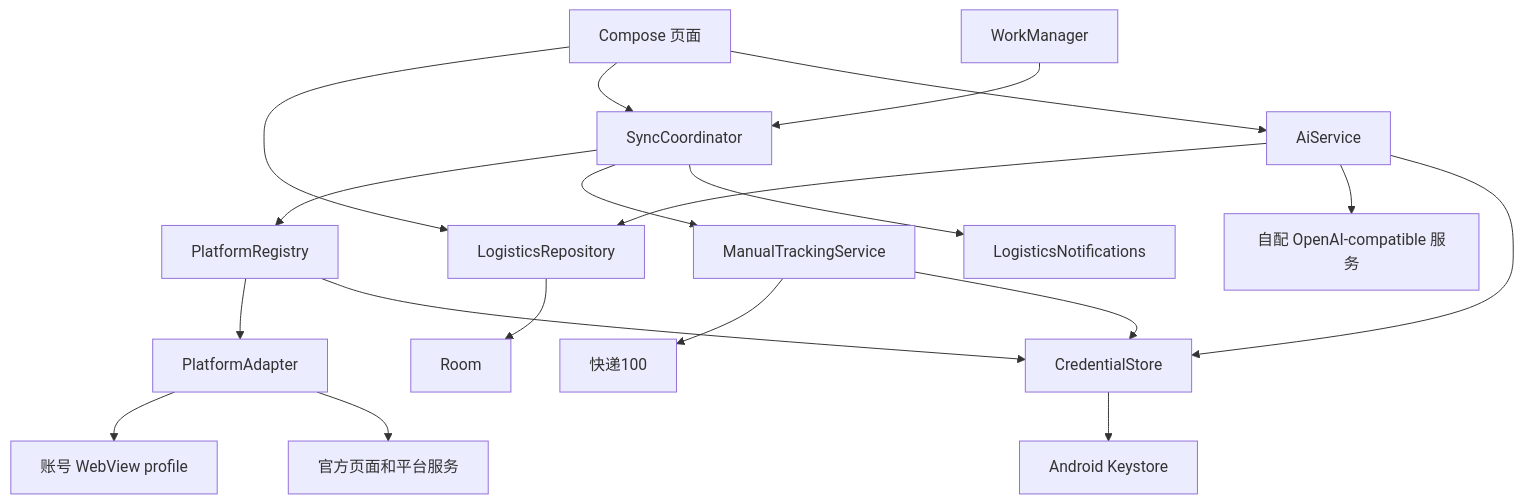
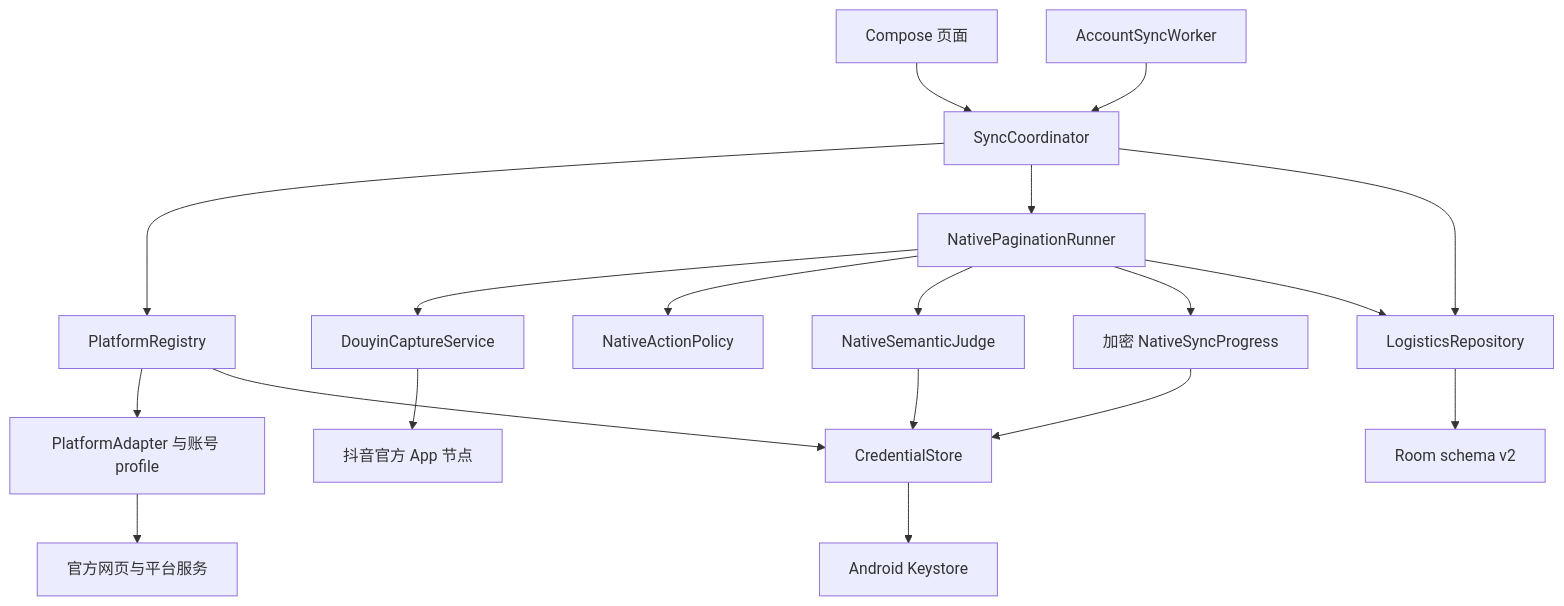
One commit to 73mtq/logistics-management changed the diagram in docs/architecture.md. Above: the diagram before and after it, drawn with Mermaid. The commit also changed other lines of this file and 79 other files, not shown here.

````diff
--- a/docs/architecture.md
+++ b/docs/architecture.md
@@ -7,21 +7,21 @@
 ```mermaid
 flowchart TD
-    UI[Compose 页面] --> Repository[LogisticsRepository]
-    UI --> Coordinator[SyncCoordinator]
-    Worker[WorkManager] --> Coordinator
+    UI[Compose 页面] --> Coordinator[SyncCoordinator]
+    Worker[AccountSyncWorker] --> Coordinator
     Coordinator --> Registry[PlatformRegistry]
-    Registry --> Adapter[PlatformAdapter]
-    Adapter --> Profile[账号 WebView profile]
-    Adapter --> Official[官方页面和平台服务]
-    Coordinator --> Manual[ManualTrackingService]
-    Manual --> Kuaidi[快递100]
-    Coordinator --> Notify[LogisticsNotifications]
-    Repository --> Room[Room]
-    UI --> AI[AiService]
-    AI --> Repository
-    AI --> Compatible[自配 OpenAI-compatible 服务]
+    Registry --> Web[PlatformAdapter 与账号 profile]
+    Web --> Official[官方网页与平台服务]
+    Coordinator --> Native[NativePaginationRunner]
+    Native --> Capture[DouyinCaptureService]
+    Capture --> App[抖音官方 App 节点]
+    Native --> Policy[NativeActionPolicy]
+    Native --> Jev[NativeSemanticJudge]
+    Native --> Progress[加密 NativeSyncProgress]
+    Coordinator --> Repository[LogisticsRepository]
+    Native --> Repository
+    Repository --> Room[Room schema v2]
     Registry --> Credentials[CredentialStore]
-    Manual --> Credentials
-    AI --> Credentials
+    Jev --> Credentials
+    Progress --> Credentials
     Credentials --> Keystore[Android Keystore]
 ```
````
